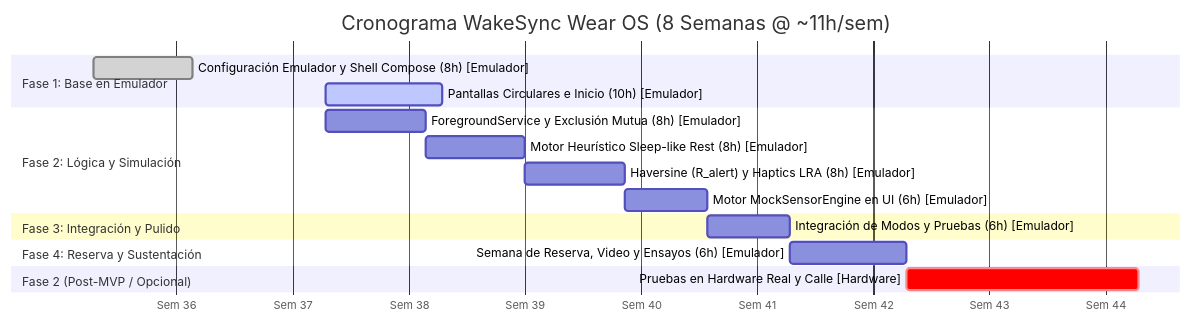
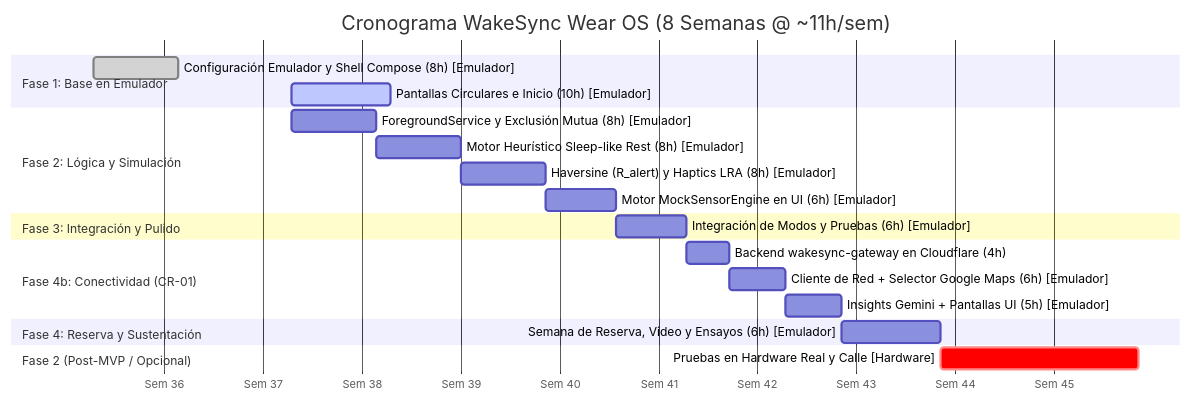
One commit to SoFzzz/WakeSync changed the diagram in WAKESYNC_MASTER_DOCUMENTATION.md. Above: the diagram before and after it, drawn with Mermaid. The commit also changed other lines of this file and 25 other files, not shown here.

````diff
--- a/WAKESYNC_MASTER_DOCUMENTATION.md
+++ b/WAKESYNC_MASTER_DOCUMENTATION.md
@@ -541,25 +722,30 @@
 ```mermaid
 gantt
     title Cronograma WakeSync Wear OS (8 Semanas @ ~11h/sem)
     dateFormat  YYYY-MM-DD
     axisFormat  Sem %W
 
     section Fase 1: Base en Emulador
     Configuración Emulador y Shell Compose (8h) [Emulador] :done, 2026-09-08, 6d
     Pantallas Circulares e Inicio (10h) [Emulador]         :active, after a1, 7d
 
     section Fase 2: Lógica y Simulación
     ForegroundService y Exclusión Mutua (8h) [Emulador]    :b1, after a2, 6d
     Motor Heurístico Sleep-like Rest (8h) [Emulador]       :b2, after b1, 6d
     Haversine (R_alert) y Haptics LRA (8h) [Emulador]      :b3, after b2, 6d
     Motor MockSensorEngine en UI (6h) [Emulador]           :b4, after b3, 5d
 
     section Fase 3: Integración y Pulido
     Integración de Modos y Pruebas (6h) [Emulador]         :c1, after b4, 5d
 
+    section Fase 4b: Conectividad (CR-01)
+    Backend wakesync-gateway en Cloudflare (4h)            :e1, after c1, 3d
+    Cliente de Red + Selector Google Maps (6h) [Emulador]  :e2, after e1, 4d
+    Insights Gemini + Pantallas UI (5h) [Emulador]         :e3, after e2, 4d
+
     section Fase 4: Reserva y Sustentación
-    Semana de Reserva, Video y Ensayos (6h) [Emulador]     :d1, after c1, 7d
+    Semana de Reserva, Video y Ensayos (6h) [Emulador]     :d1, after e3, 7d
     
     section Fase 2 (Post-MVP / Opcional)
     Pruebas en Hardware Real y Calle [Hardware]            :crit, after d1, 14d
 ```
````
